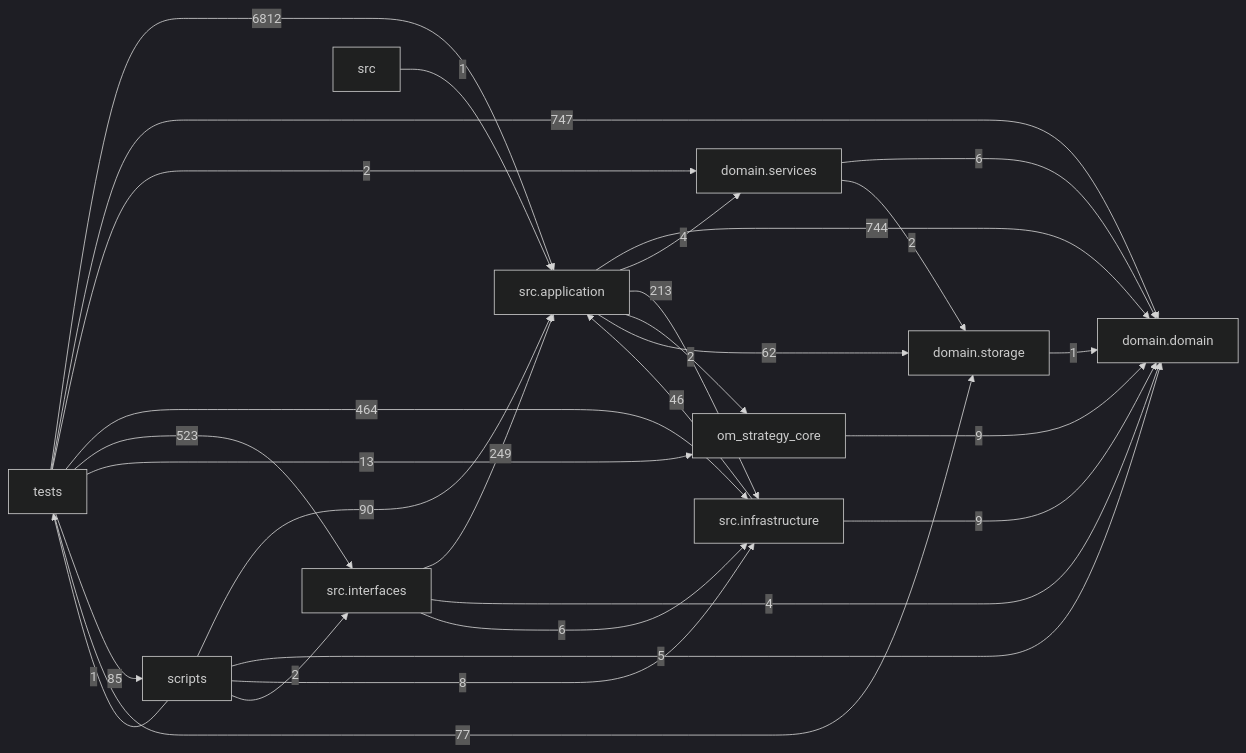
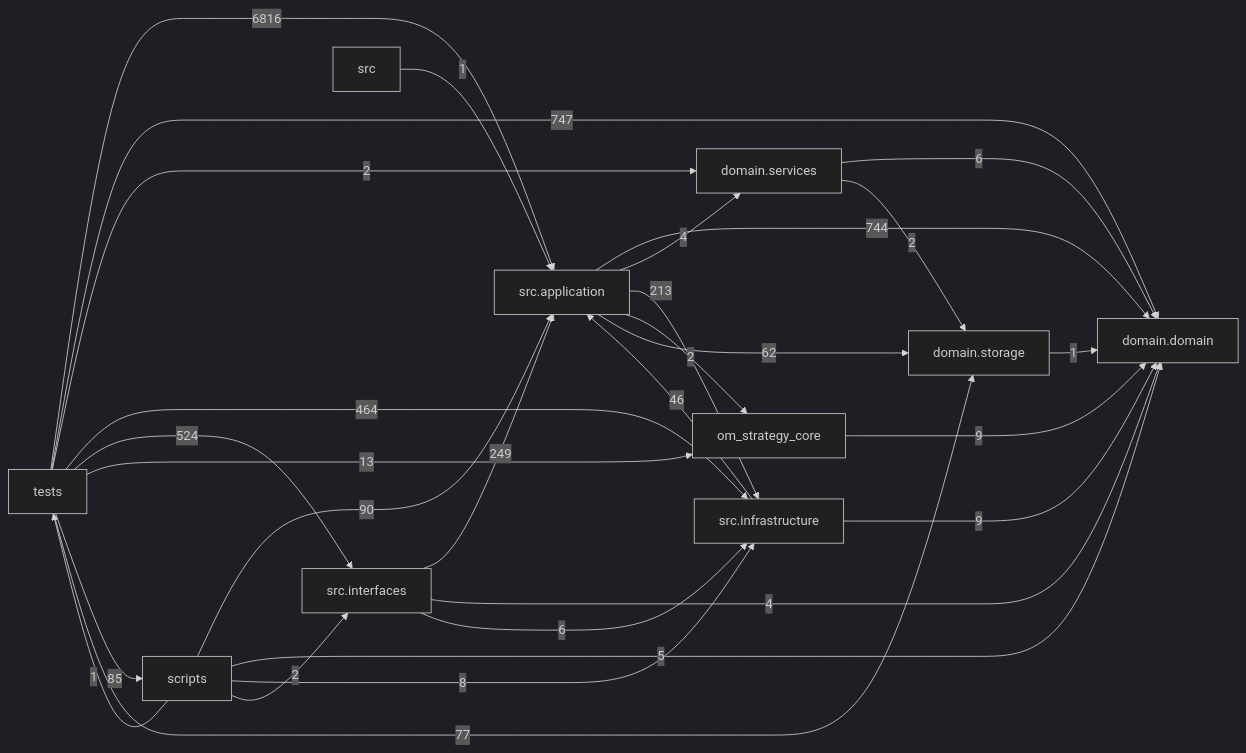
Before and after one commit to liuxie066/options-monitor: the diagram in docs/DEPENDENCY_GRAPH.md, drawn with Mermaid (dark theme). The commit also changed other lines of this file and 3 other files, not shown here.

````diff
--- a/docs/DEPENDENCY_GRAPH.md
+++ b/docs/DEPENDENCY_GRAPH.md
@@ -24,39 +24,39 @@
 ```mermaid
 flowchart LR
   tests["tests"]
   scripts["scripts"]
   interfaces["src.interfaces"]
   application["src.application"]
   infrastructure["src.infrastructure"]
   domain_services["domain.services"]
   domain["domain.domain"]
   storage["domain.storage"]
   application -->|744| domain
   application -->|4| domain_services
   application -->|213| infrastructure
   application -->|2| om_strategy_core
   application -->|62| storage
   domain_services -->|6| domain
   domain_services -->|2| storage
   infrastructure -->|46| application
   infrastructure -->|9| domain
   interfaces -->|249| application
   interfaces -->|4| domain
   interfaces -->|6| infrastructure
   om_strategy_core -->|9| domain
   scripts -->|90| application
   scripts -->|5| domain
   scripts -->|8| infrastructure
   scripts -->|2| interfaces
   scripts -->|1| tests
   src -->|1| application
   storage -->|1| domain
-  tests -->|6812| application
+  tests -->|6816| application
   tests -->|747| domain
   tests -->|2| domain_services
   tests -->|464| infrastructure
-  tests -->|523| interfaces
+  tests -->|524| interfaces
   tests -->|13| om_strategy_core
   tests -->|85| scripts
   tests -->|77| storage
 ```
````
